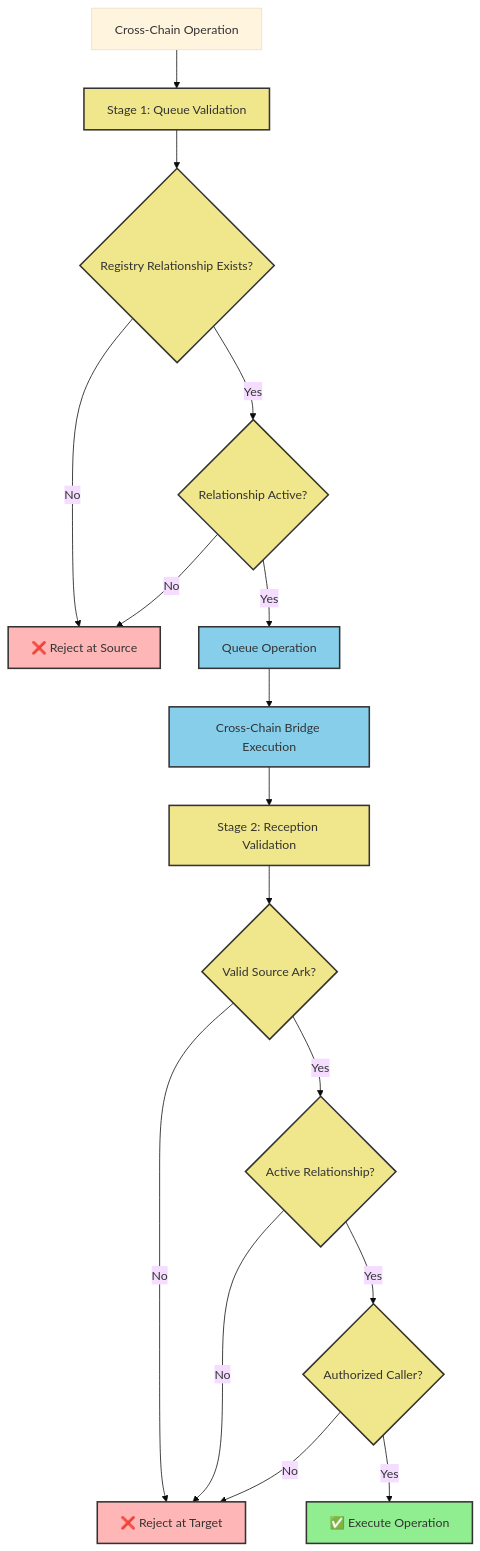
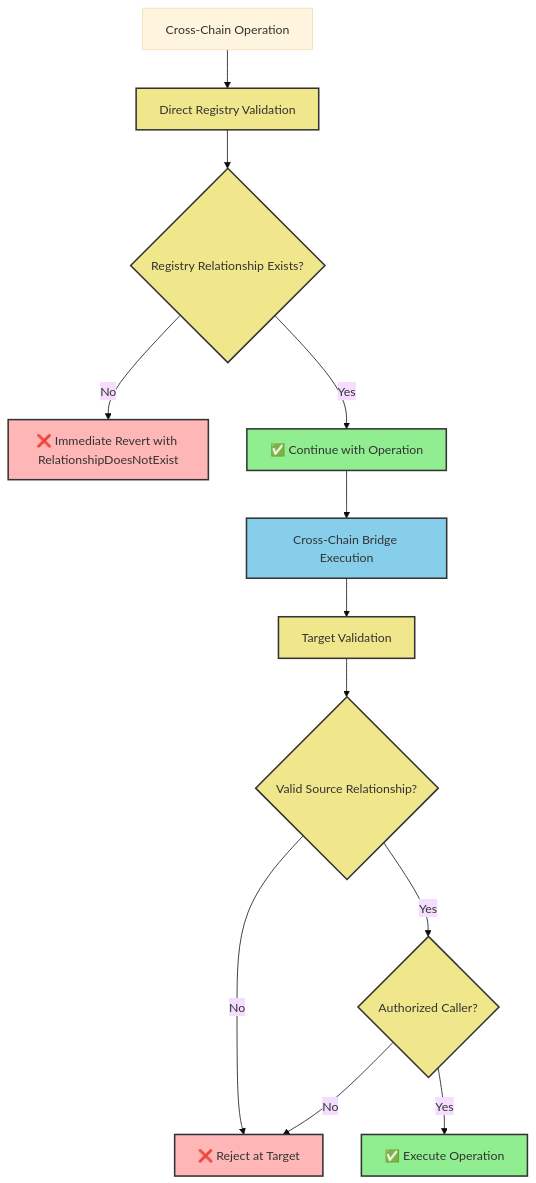
The third of 3 diagrams in packages/core-contracts/docs/CROSS_CHAIN_ARK_TECHNICAL_ARCHITECTURE.md (OasisDEX/summer-earn-protocol), drawn with Mermaid (base theme) before and after one commit. The commit also changed other lines of this file and 9 other files, not shown here.

First line of the commit message:
refactor: enhance CrossChainArk and CrossChainRegistry for improved relationship management

````diff
--- a/packages/core-contracts/docs/CROSS_CHAIN_ARK_TECHNICAL_ARCHITECTURE.md
+++ b/packages/core-contracts/docs/CROSS_CHAIN_ARK_TECHNICAL_ARCHITECTURE.md
@@ -124,29 +138,25 @@
 ```mermaid
 graph TD
-    A[Cross-Chain Operation] --> B[Stage 1: Queue Validation]
+    A[Cross-Chain Operation] --> B[Direct Registry Validation]
     B --> C{Registry Relationship Exists?}
-    C -->|No| D[❌ Reject at Source]
-    C -->|Yes| E{Relationship Active?}
-    E -->|No| D
-    E -->|Yes| F[Queue Operation]
+    C -->|No| D[❌ Immediate Revert with RelationshipDoesNotExist]
+    C -->|Yes| E[✅ Continue with Operation]
     
-    F --> G[Cross-Chain Bridge Execution]
-    G --> H[Stage 2: Reception Validation]
-    H --> I{Valid Source Ark?}
-    I -->|No| J[❌ Reject at Target]
-    I -->|Yes| K{Active Relationship?}
-    K -->|No| J
-    K -->|Yes| L{Authorized Caller?}
-    L -->|No| J
-    L -->|Yes| M[✅ Execute Operation]
+    E --> F[Cross-Chain Bridge Execution]
+    F --> G[Target Validation]
+    G --> H{Valid Source Relationship?}
+    H -->|No| I[❌ Reject at Target]
+    H -->|Yes| J{Authorized Caller?}
+    J -->|No| I
+    J -->|Yes| K[✅ Execute Operation]
     
     classDef successStyle fill:#90EE90,stroke:#333,stroke-width:2px
     classDef failStyle fill:#FFB6B6,stroke:#333,stroke-width:2px
     classDef processStyle fill:#87CEEB,stroke:#333,stroke-width:2px
     classDef checkStyle fill:#F0E68C,stroke:#333,stroke-width:2px
     
-    class M successStyle
-    class D,J failStyle
-    class F,G processStyle
-    class B,H,C,E,I,K,L checkStyle
+    class E,K successStyle
+    class D,I failStyle
+    class F processStyle
+    class B,G,C,H,J checkStyle
 ```
````
